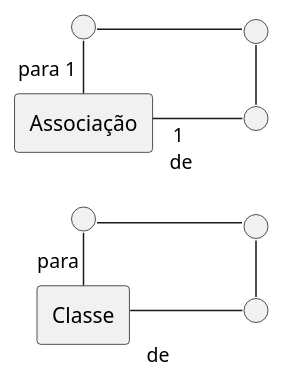
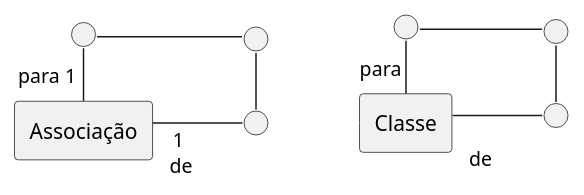
The diagram in Imagens/modelos-07/mod07ima20/mod07ima20.plantuml (kyriosdata/oo), drawn with PlantUML before and after one commit. The commit also changed 5 other files, not shown here.

```diff
--- a/Imagens/modelos-07/mod07ima20/mod07ima20.plantuml
+++ b/Imagens/modelos-07/mod07ima20/mod07ima20.plantuml
@@ -1,24 +1,26 @@
 @startuml mod07ima20 
 skinparam linetype ortho
 rectangle "Associação" as ass
 circle " " as p1
 circle " " as p2
 circle " " as p3
 left to right direction
  
 ass "para 1"-left- p1
 p1 -down- p2
 p2 -right- p3
 p3 -up-" 1 \n de" ass
 
 rectangle "Classe" as cl
 circle " " as p4
 circle " " as p5
 circle " " as p6
 left to right direction
  
 cl "para"-left- p4
 p4 -down- p5
 p5 -right- p6
 p6 -up-" \n de" cl
+
+p3 -[#White]- cl
 @enduml
```
